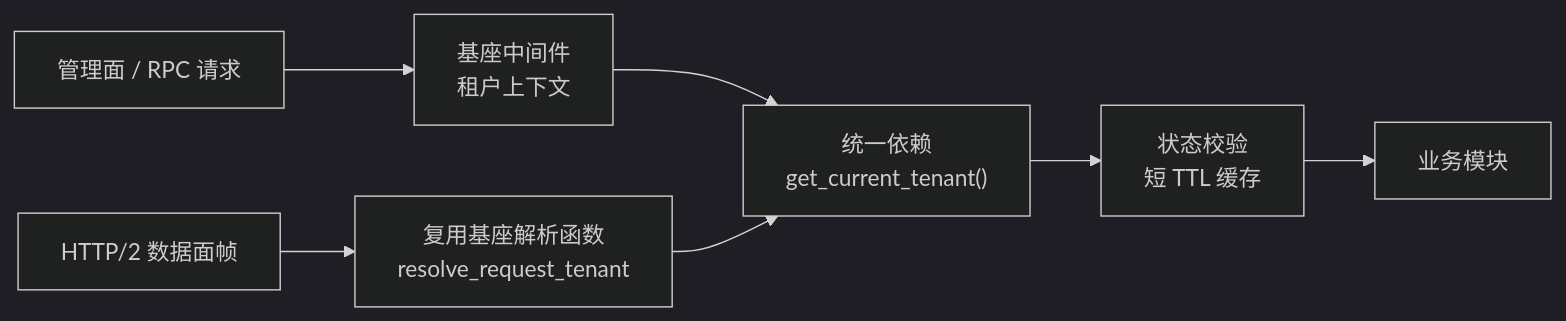
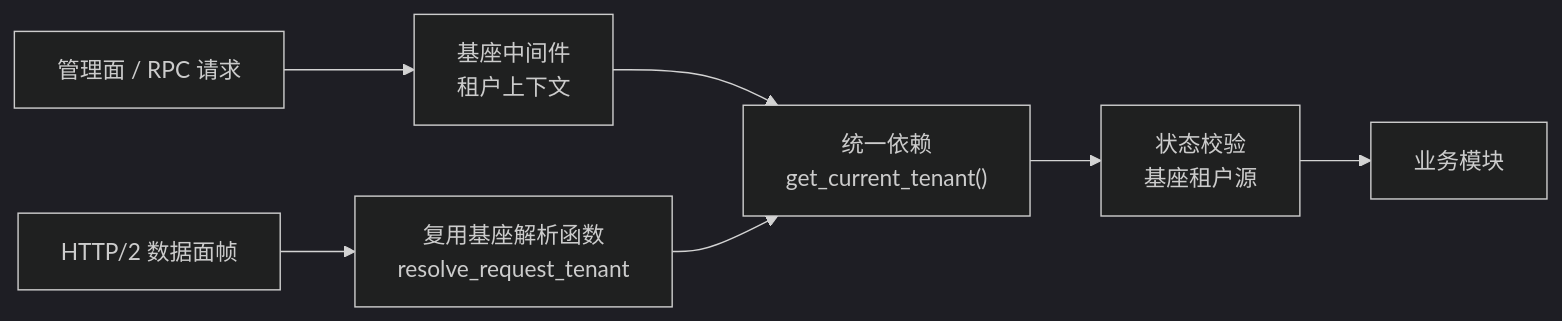
One commit to minjian123/message-platform changed the diagram in msg文档/项目/08B_消息平台/任务/01_消息模型与投递/01_消息模型与投递_01_主题与分区模型/01_消息模型与投递_01_主题与分区模型_01_租户接入/设计/01_详细设计_01_租户接入.md. Above: the diagram before and after it, drawn with Mermaid (dark theme). The commit also changed other lines of this file and 5 other files, not shown here.

````diff
--- a/msg文档/项目/08B_消息平台/任务/01_消息模型与投递/01_消息模型与投递_01_主题与分区模型/01_消息模型与投递_01_主题与分区模型_01_租户接入/设计/01_详细设计_01_租户接入.md
+++ b/msg文档/项目/08B_消息平台/任务/01_消息模型与投递/01_消息模型与投递_01_主题与分区模型/01_消息模型与投递_01_主题与分区模型_01_租户接入/设计/01_详细设计_01_租户接入.md
@@ -33,9 +33,9 @@
 ```mermaid
 flowchart LR
     A["管理面 / RPC 请求"] --> B["基座中间件<br/>租户上下文"]
     C["HTTP/2 数据面帧"] --> D["复用基座解析函数<br/>resolve_request_tenant"]
     B --> E["统一依赖<br/>get_current_tenant()"]
     D --> E
-    E --> F["状态校验<br/>短 TTL 缓存"]
+    E --> F["状态校验<br/>基座租户源"]
     F --> G["业务模块"]
 ```
````
